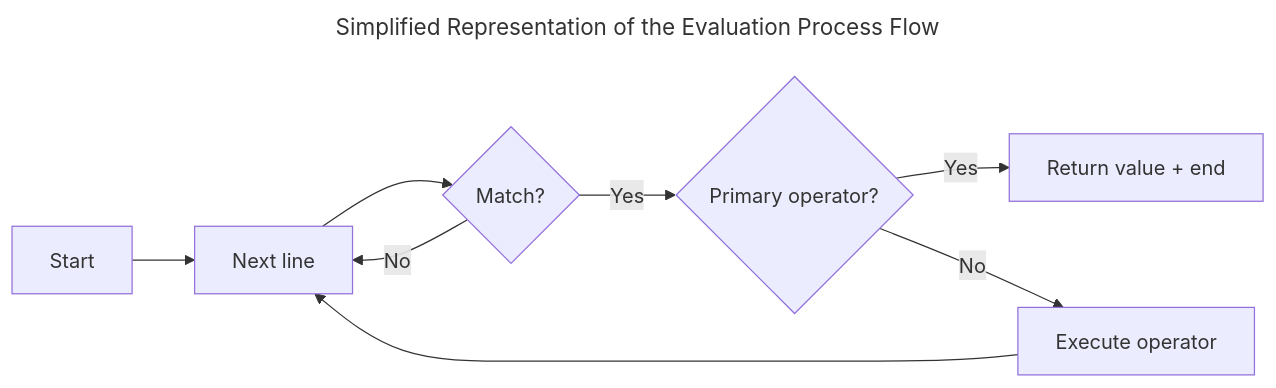
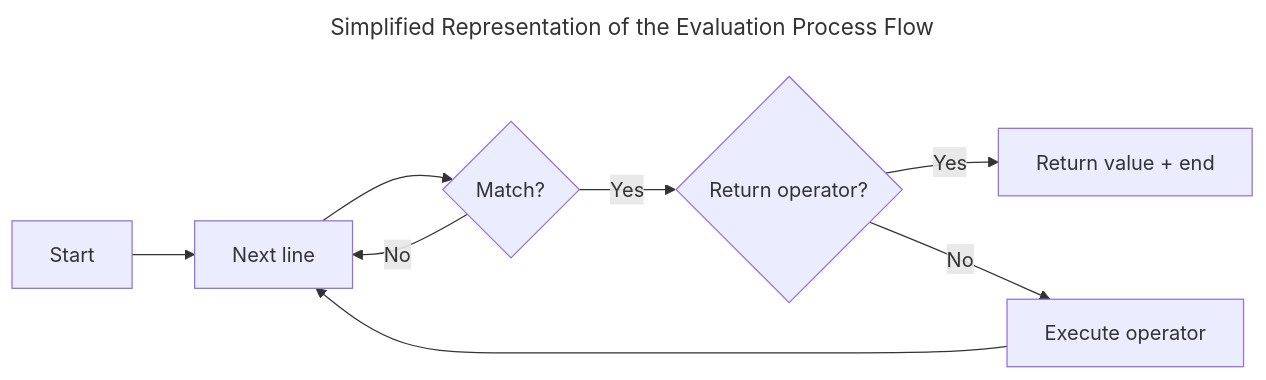
The first of 2 diagrams in docs/language/index.md (OceanApocalypseStudios/RedSeaMarkupLanguage), drawn with Mermaid before and after one commit. The commit also changed other lines of this file and 2 other files, not shown here.

````diff
--- a/docs/language/index.md
+++ b/docs/language/index.md
@@ -96,13 +349,13 @@
 ``` mermaid
 ---
 title: Simplified Representation of the Evaluation Process Flow
 ---
 flowchart LR
   A[Start] --> B[Next line];
   B -->F{Match?};
   F -->|No| B;
-  F -->|Yes| C{Primary operator?};
+  F -->|Yes| C{Return operator?};
   C -->|Yes| D[Return value + end];
   C -->|No| E[Execute operator];
   E -->B;
 ```
````
